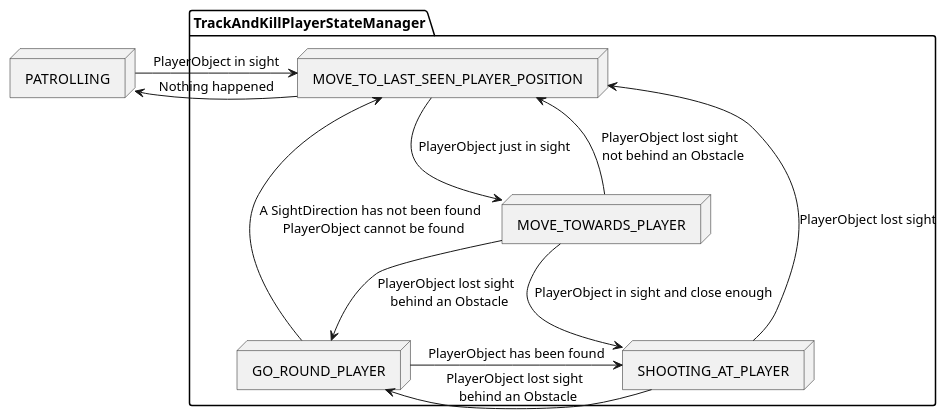
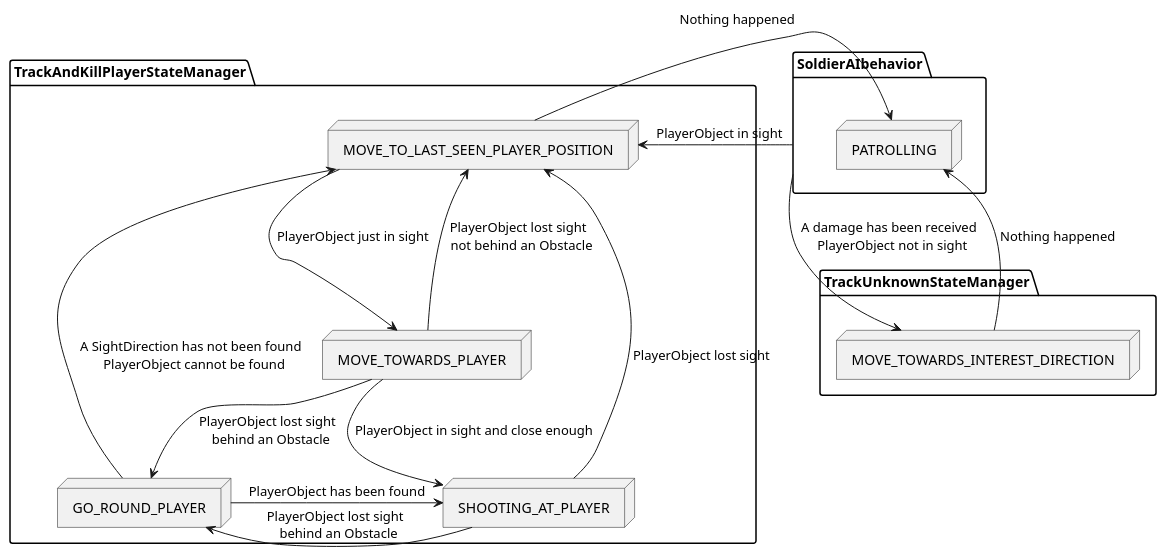
One commit to ldalzotto/ProjectUndefined-Prototype changed the diagram in Assets/Undefined/Logic/SoldierBehavior/SoliderBehavior.md. Above: the diagram before and after it, drawn with PlantUML. The commit also changed 15 other files, not shown here.

Commit message:
FEAT-002 - Create the MoveTowardsUnknown StateManager

`````diff
--- a/Assets/Undefined/Logic/SoldierBehavior/SoliderBehavior.md
+++ b/Assets/Undefined/Logic/SoldierBehavior/SoliderBehavior.md
@@ -5,25 +5,34 @@
 ````puml
-            node PATROLLING
-        
+            package SoldierAIbehavior {
+                node PATROLLING
+            }
+           
             package TrackAndKillPlayerStateManager {
                 node MOVE_TOWARDS_PLAYER
                 node GO_ROUND_PLAYER
                 node SHOOTING_AT_PLAYER
                 node MOVE_TO_LAST_SEEN_PLAYER_POSITION
             }
 
-            PATROLLING -> MOVE_TO_LAST_SEEN_PLAYER_POSITION : PlayerObject in sight
+            package TrackUnknownStateManager {
+                node MOVE_TOWARDS_INTEREST_DIRECTION
+            }
+
+            SoldierAIbehavior -left-> MOVE_TO_LAST_SEEN_PLAYER_POSITION : PlayerObject in sight
             MOVE_TO_LAST_SEEN_PLAYER_POSITION -> PATROLLING : Nothing happened
 
             MOVE_TOWARDS_PLAYER -down-> SHOOTING_AT_PLAYER : PlayerObject in sight and close enough
             MOVE_TOWARDS_PLAYER -> GO_ROUND_PLAYER : PlayerObject lost sight \n behind an Obstacle
             MOVE_TOWARDS_PLAYER -> MOVE_TO_LAST_SEEN_PLAYER_POSITION : PlayerObject lost sight \n not behind an Obstacle
 
             SHOOTING_AT_PLAYER -> GO_ROUND_PLAYER : PlayerObject lost sight \n behind an Obstacle
             SHOOTING_AT_PLAYER -> MOVE_TO_LAST_SEEN_PLAYER_POSITION : PlayerObject lost sight
 
             GO_ROUND_PLAYER -> SHOOTING_AT_PLAYER : PlayerObject has been found
             GO_ROUND_PLAYER -up-> MOVE_TO_LAST_SEEN_PLAYER_POSITION : A SightDirection has not been found \n PlayerObject cannot be found
 
             MOVE_TO_LAST_SEEN_PLAYER_POSITION -down-> MOVE_TOWARDS_PLAYER : PlayerObject just in sight
+
+            SoldierAIbehavior -down-> MOVE_TOWARDS_INTEREST_DIRECTION : A damage has been received \n PlayerObject not in sight
+            MOVE_TOWARDS_INTEREST_DIRECTION -> PATROLLING : Nothing happened
 ````
`````
